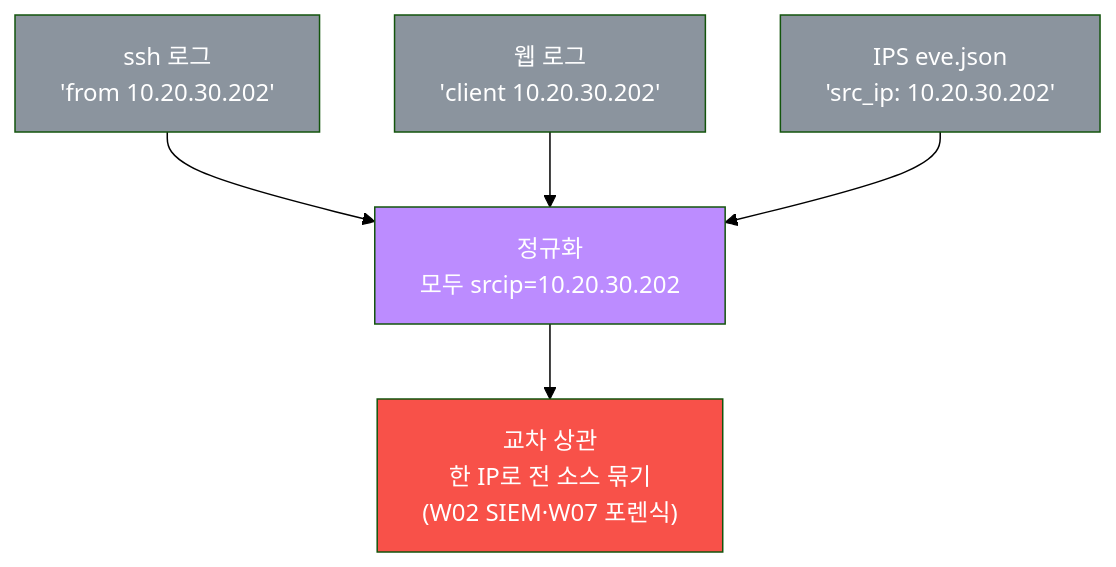
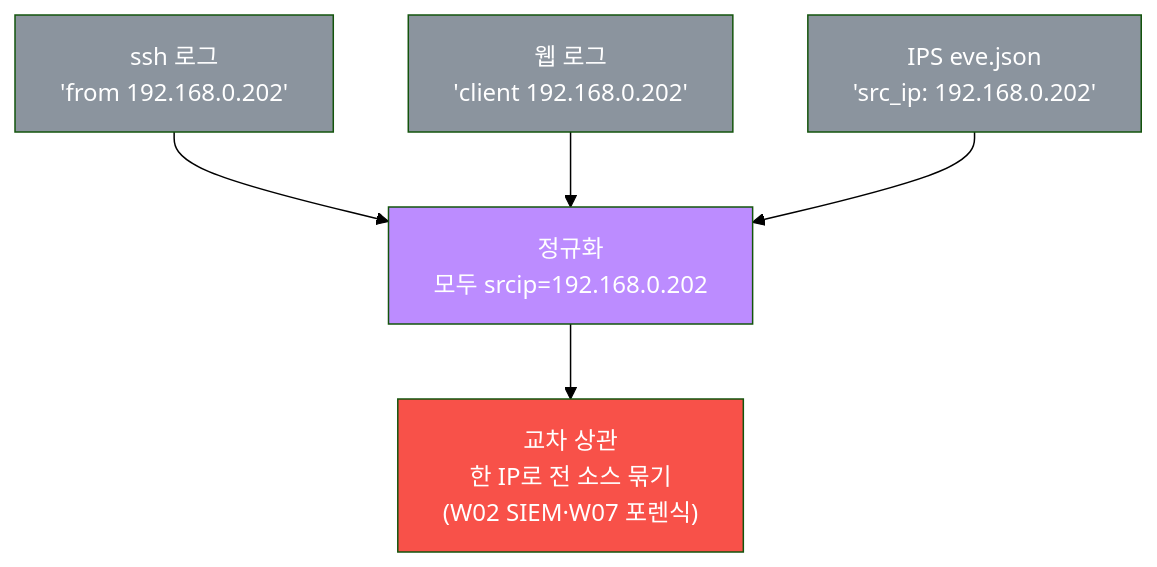
One commit to mrgrit/tw2 changed the fourth of 4 diagrams in contents/training/soc-adv/lecture_week12.md. Above: the diagram before and after it, drawn with Mermaid (forest theme). The commit also changed other lines of this file and 28 other files, not shown here.

````diff
--- a/contents/training/soc-adv/lecture_week12.md
+++ b/contents/training/soc-adv/lecture_week12.md
@@ -196,17 +196,17 @@
 ```mermaid
 graph TD
-    L1["ssh 로그<br/>'from 10.20.30.202'"]
-    L2["웹 로그<br/>'client 10.20.30.202'"]
-    L3["IPS eve.json<br/>'src_ip: 10.20.30.202'"]
-    NORM["정규화<br/>모두 srcip=10.20.30.202"]
+    L1["ssh 로그<br/>'from 192.168.0.202'"]
+    L2["웹 로그<br/>'client 192.168.0.202'"]
+    L3["IPS eve.json<br/>'src_ip: 192.168.0.202'"]
+    NORM["정규화<br/>모두 srcip=192.168.0.202"]
     CORR["교차 상관<br/>한 IP로 전 소스 묶기<br/>(W02 SIEM·W07 포렌식)"]
     L1 --> NORM
     L2 --> NORM
     L3 --> NORM
     NORM --> CORR
     style L1 fill:#8b949e,color:#fff
     style L2 fill:#8b949e,color:#fff
     style L3 fill:#8b949e,color:#fff
     style NORM fill:#bc8cff,color:#fff
     style CORR fill:#f85149,color:#fff
 ```
````
